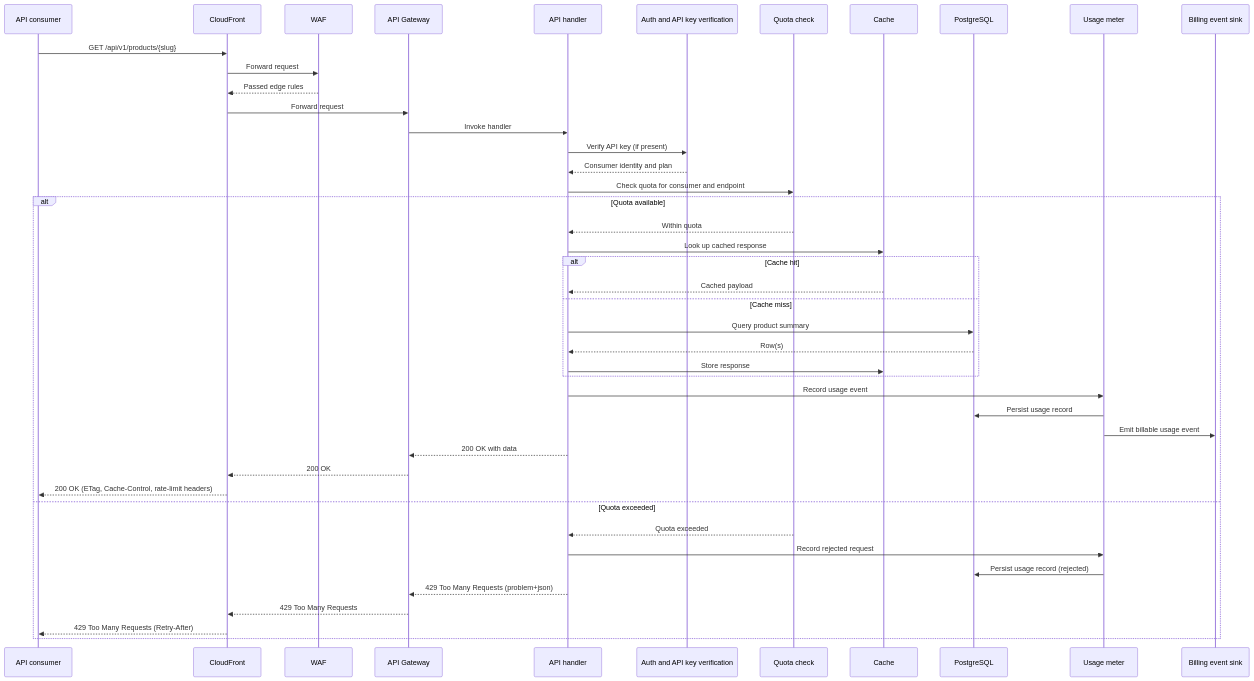
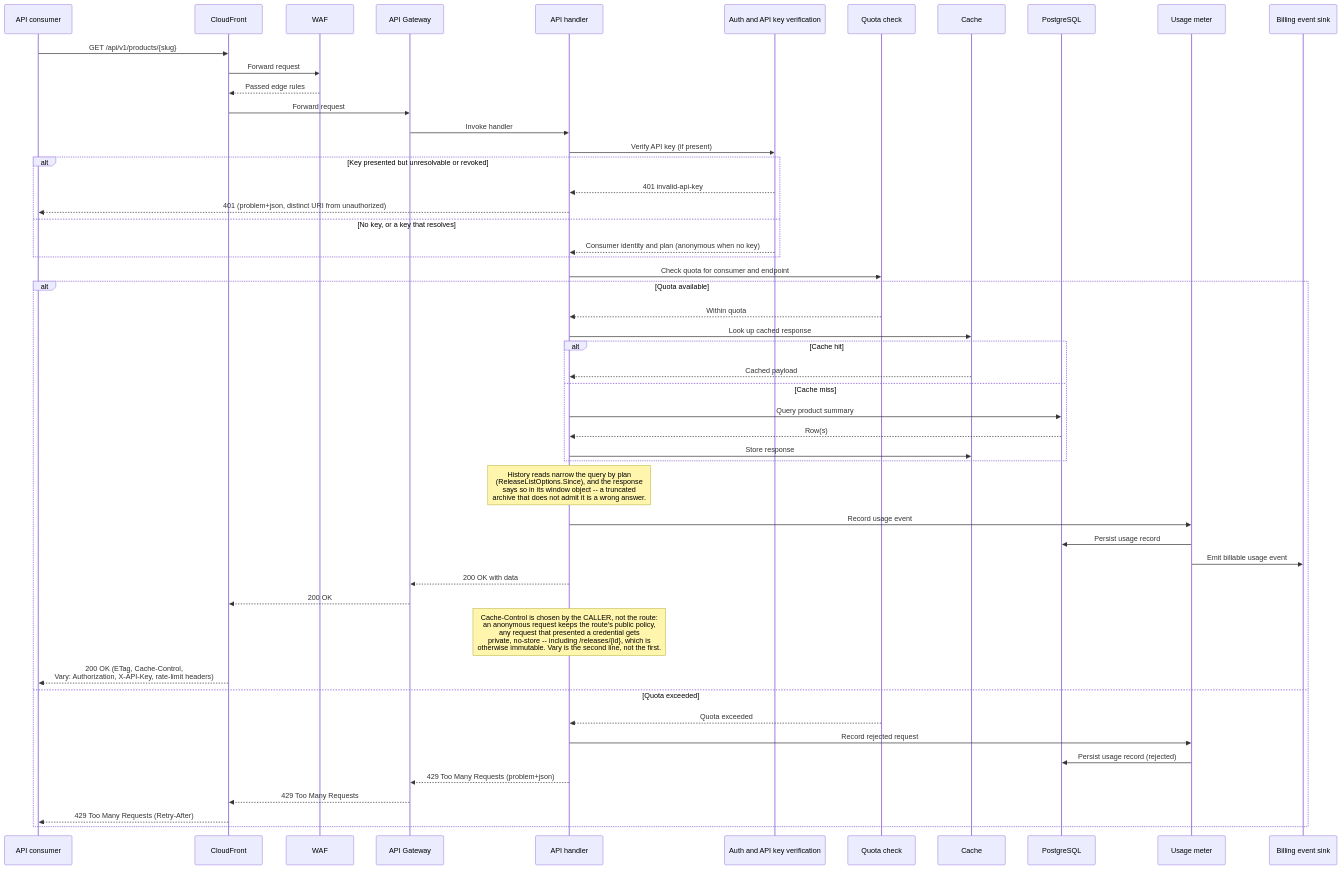
Before and after one commit to macimottin/firmscout: the diagram in docs/diagrams/api-sequence.md, drawn with Mermaid. The commit also changed other lines of this file and 29 other files, not shown here.

````diff
--- a/docs/diagrams/api-sequence.md
+++ b/docs/diagrams/api-sequence.md
@@ -5,49 +5,56 @@
 ```mermaid
 sequenceDiagram
     participant Consumer as API consumer
     participant CF as CloudFront
     participant WAF as WAF
     participant GW as API Gateway
     participant Handler as API handler
     participant Auth as Auth and API key verification
     participant Quota as Quota check
     participant Cache as Cache
     participant DB as PostgreSQL
     participant Meter as Usage meter
     participant Billing as Billing event sink
 
     Consumer->>CF: GET /api/v1/products/{slug}
     CF->>WAF: Forward request
     WAF-->>CF: Passed edge rules
     CF->>GW: Forward request
     GW->>Handler: Invoke handler
     Handler->>Auth: Verify API key (if present)
-    Auth-->>Handler: Consumer identity and plan
+    alt Key presented but unresolvable or revoked
+        Auth-->>Handler: 401 invalid-api-key
+        Handler-->>Consumer: 401 (problem+json, distinct URI from unauthorized)
+    else No key, or a key that resolves
+        Auth-->>Handler: Consumer identity and plan (anonymous when no key)
+    end
 
     Handler->>Quota: Check quota for consumer and endpoint
 
     alt Quota available
         Quota-->>Handler: Within quota
         Handler->>Cache: Look up cached response
         alt Cache hit
             Cache-->>Handler: Cached payload
         else Cache miss
             Handler->>DB: Query product summary
             DB-->>Handler: Row(s)
             Handler->>Cache: Store response
         end
+        Note over Handler: History reads narrow the query by plan<br/>(ReleaseListOptions.Since), and the response<br/>says so in its window object -- a truncated<br/>archive that does not admit it is a wrong answer.
         Handler->>Meter: Record usage event
         Meter->>DB: Persist usage record
         Meter->>Billing: Emit billable usage event
         Handler-->>GW: 200 OK with data
         GW-->>CF: 200 OK
-        CF-->>Consumer: 200 OK (ETag, Cache-Control, rate-limit headers)
+        Note over Handler: Cache-Control is chosen by the CALLER, not the route:<br/>an anonymous request keeps the route's public policy,<br/>any request that presented a credential gets<br/>private, no-store -- including /releases/{id}, which is<br/>otherwise immutable. Vary is the second line, not the first.
+        CF-->>Consumer: 200 OK (ETag, Cache-Control,<br/>Vary: Authorization, X-API-Key, rate-limit headers)
     else Quota exceeded
         Quota-->>Handler: Quota exceeded
         Handler->>Meter: Record rejected request
         Meter->>DB: Persist usage record (rejected)
         Handler-->>GW: 429 Too Many Requests (problem+json)
         GW-->>CF: 429 Too Many Requests
         CF-->>Consumer: 429 Too Many Requests (Retry-After)
     end
 ```
````
